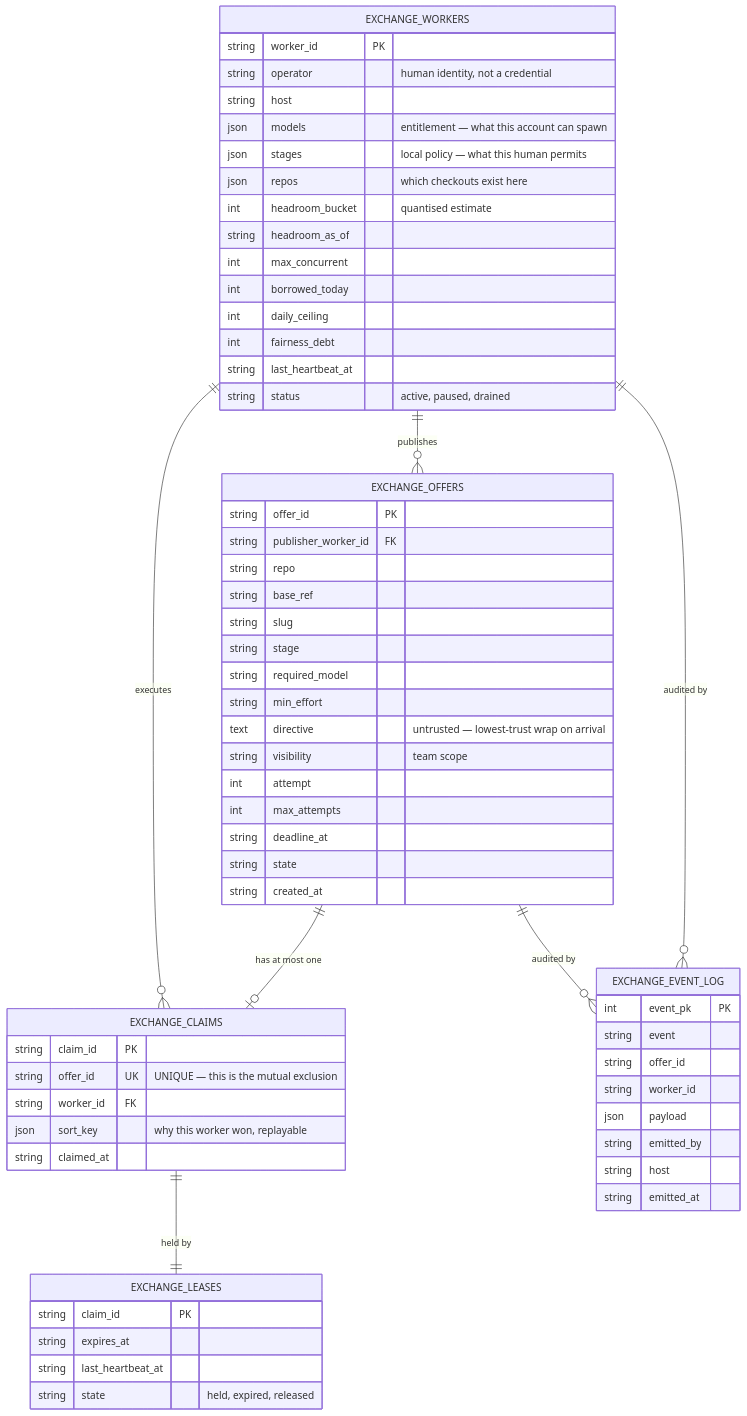
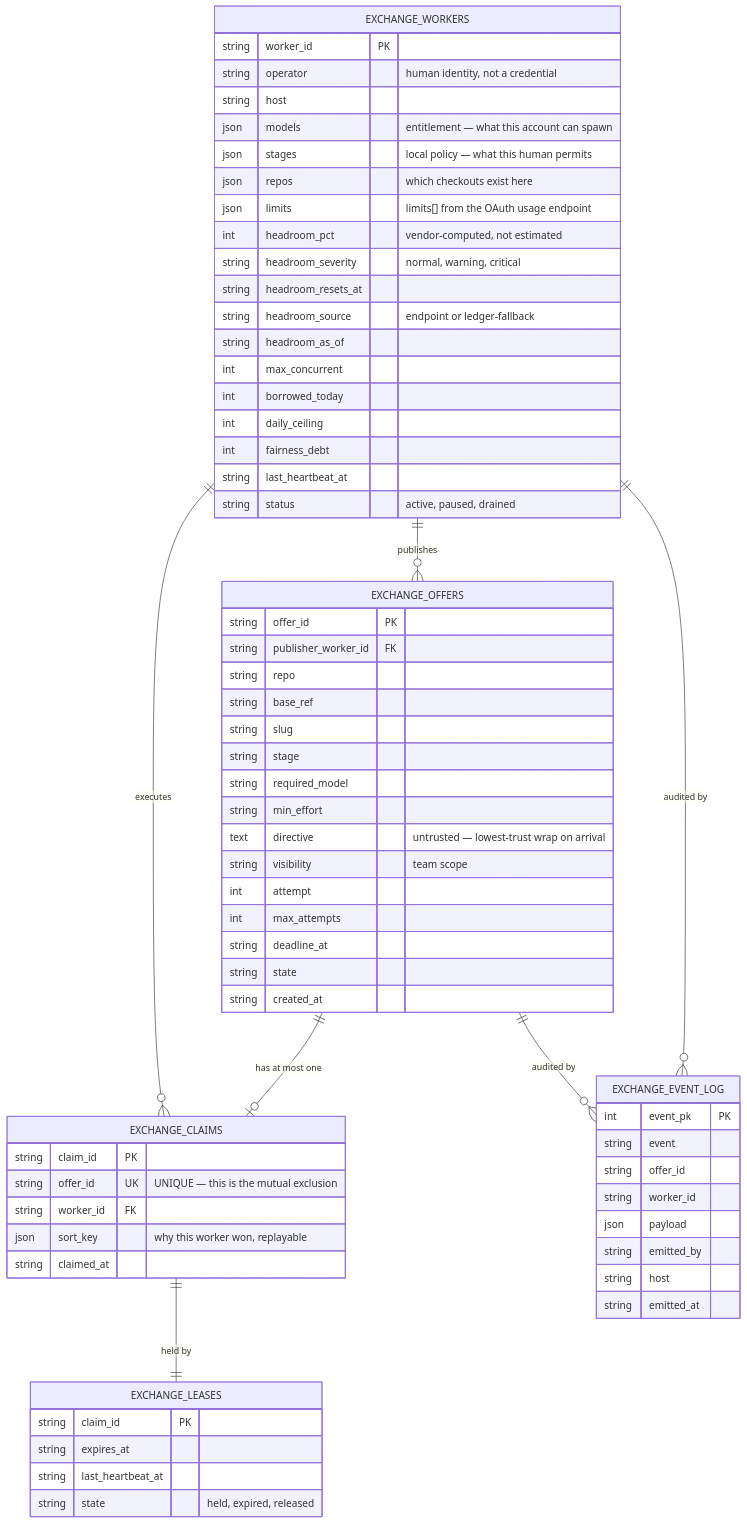
Before and after one commit to splockorg/splock: the second of 7 diagrams in docs/TASK_EXCHANGE_DIAGRAMS.md, drawn with Mermaid. The commit also changed other lines of this file and 1 other file, not shown here.

````diff
--- a/docs/TASK_EXCHANGE_DIAGRAMS.md
+++ b/docs/TASK_EXCHANGE_DIAGRAMS.md
@@ -75,70 +81,74 @@
 ```mermaid
 erDiagram
     EXCHANGE_WORKERS ||--o{ EXCHANGE_CLAIMS : "executes"
     EXCHANGE_WORKERS ||--o{ EXCHANGE_OFFERS : "publishes"
     EXCHANGE_OFFERS  ||--o| EXCHANGE_CLAIMS : "has at most one"
     EXCHANGE_CLAIMS  ||--|| EXCHANGE_LEASES : "held by"
     EXCHANGE_OFFERS  ||--o{ EXCHANGE_EVENT_LOG : "audited by"
     EXCHANGE_WORKERS ||--o{ EXCHANGE_EVENT_LOG : "audited by"
 
     EXCHANGE_WORKERS {
         string  worker_id  PK
         string  operator   "human identity, not a credential"
         string  host
         json    models     "entitlement — what this account can spawn"
         json    stages     "local policy — what this human permits"
         json    repos      "which checkouts exist here"
-        int     headroom_bucket "quantised estimate"
+        json    limits     "limits[] from the OAuth usage endpoint"
+        int     headroom_pct "vendor-computed, not estimated"
+        string  headroom_severity "normal, warning, critical"
+        string  headroom_resets_at
+        string  headroom_source "endpoint or ledger-fallback"
         string  headroom_as_of
         int     max_concurrent
         int     borrowed_today
         int     daily_ceiling
         int     fairness_debt
         string  last_heartbeat_at
         string  status     "active, paused, drained"
     }
 
     EXCHANGE_OFFERS {
         string  offer_id   PK
         string  publisher_worker_id FK
         string  repo
         string  base_ref
         string  slug
         string  stage
         string  required_model
         string  min_effort
         text    directive  "untrusted — lowest-trust wrap on arrival"
         string  visibility "team scope"
         int     attempt
         int     max_attempts
         string  deadline_at
         string  state
         string  created_at
     }
 
     EXCHANGE_CLAIMS {
         string  claim_id   PK
         string  offer_id   UK "UNIQUE — this is the mutual exclusion"
         string  worker_id  FK
         json    sort_key   "why this worker won, replayable"
         string  claimed_at
     }
 
     EXCHANGE_LEASES {
         string  claim_id   PK
         string  expires_at
         string  last_heartbeat_at
         string  state "held, expired, released"
     }
 
     EXCHANGE_EVENT_LOG {
         int     event_pk   PK
         string  event
         string  offer_id
         string  worker_id
         json    payload
         string  emitted_by
         string  host
         string  emitted_at
     }
 ```
````
